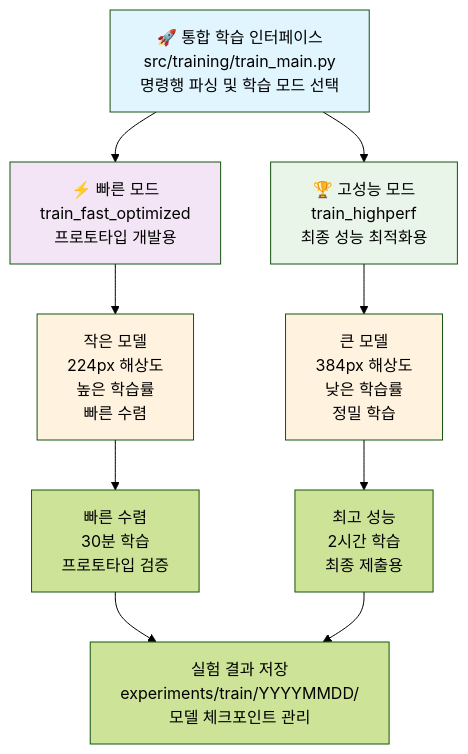
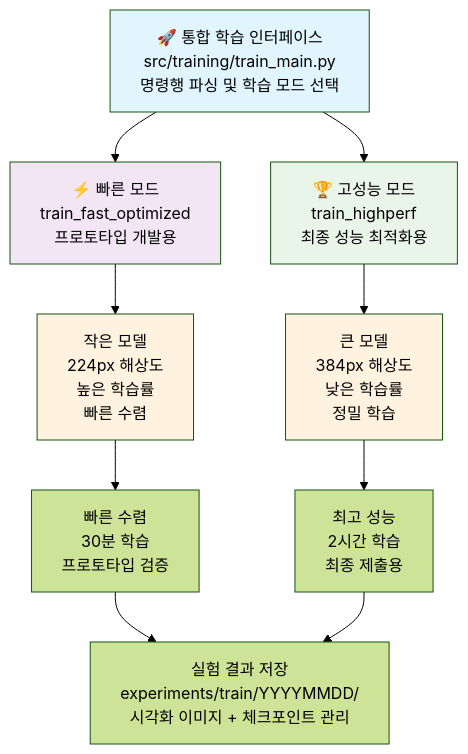
The first of 3 diagrams in docs/학습_파이프라인_가이드.md (nimnusmik/CV_documents_classification_competition), drawn with Mermaid (forest theme) before and after one commit. The commit also changed other lines of this file and 2 other files, not shown here.

First line of the commit message:
feat: experiments 디렉토리 구조 변경사항 문서 반영

````diff
--- a/docs/학습_파이프라인_가이드.md
+++ b/docs/학습_파이프라인_가이드.md
@@ -4,20 +4,20 @@
 ```mermaid
 graph TD
     A[🚀 통합 학습 인터페이스<br/>src/training/train_main.py<br/>명령행 파싱 및 학습 모드 선택] --> B[⚡ 빠른 모드<br/>train_fast_optimized<br/>프로토타입 개발용]
     A --> C[🏆 고성능 모드<br/>train_highperf<br/>최종 성능 최적화용]
     
     B --> D[작은 모델<br/>224px 해상도<br/>높은 학습률<br/>빠른 수렴]
     C --> E[큰 모델<br/>384px 해상도<br/>낮은 학습률<br/>정밀 학습]
     
     D --> F[빠른 수렴<br/>30분 학습<br/>프로토타입 검증]
     E --> G[최고 성능<br/>2시간 학습<br/>최종 제출용]
     
-    F --> H[실험 결과 저장<br/>experiments/train/YYYYMMDD/<br/>모델 체크포인트 관리]
+    F --> H[실험 결과 저장<br/>experiments/train/YYYYMMDD/<br/>시각화 이미지 + 체크포인트 관리]
     G --> H
     
     style A fill:#e1f5fe
     style B fill:#f3e5f5
     style C fill:#e8f5e8
     style D fill:#fff3e0
     style E fill:#fff3e0
 ```
````
